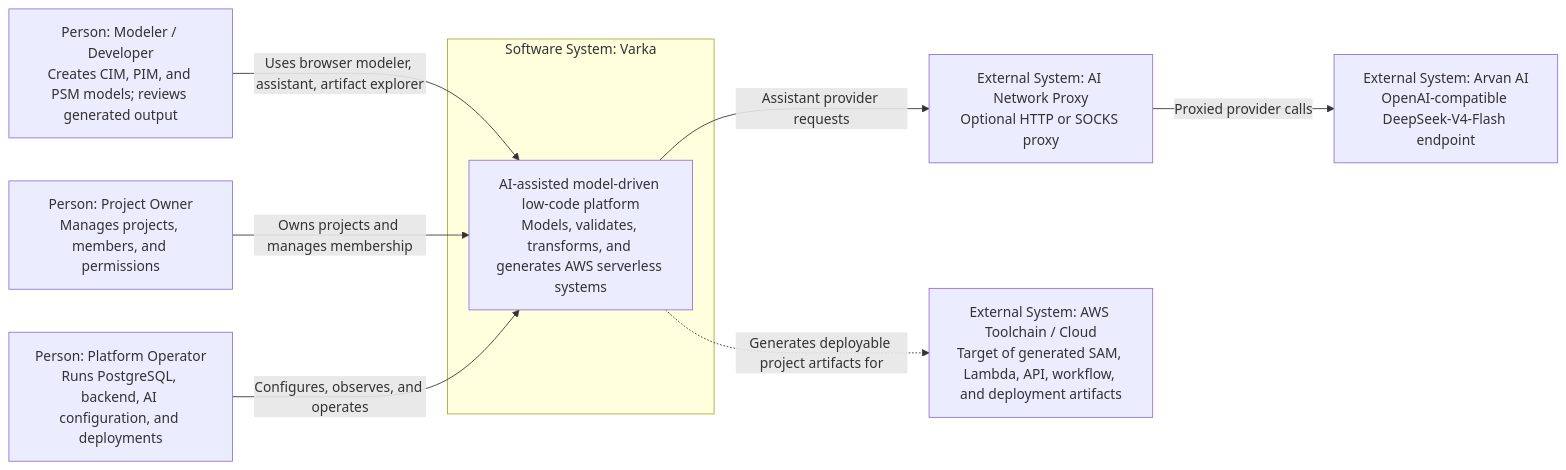
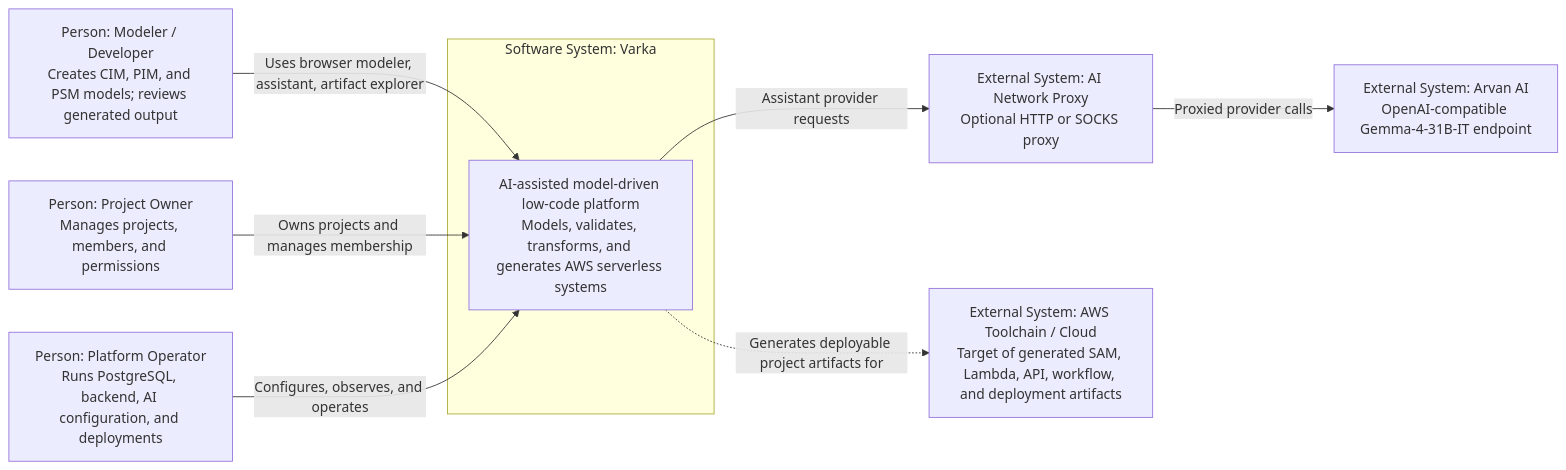
Before and after one commit to mehdieidi/modriss: the first of 2 diagrams in docs/diagrams/01-c4-system-context.md, drawn with Mermaid. The commit also changed other lines of this file and 34 other files, not shown here.

````diff
--- a/docs/diagrams/01-c4-system-context.md
+++ b/docs/diagrams/01-c4-system-context.md
@@ -3,21 +3,21 @@
 ```mermaid
 flowchart LR
     developer["Person: Modeler / Developer<br/>Creates CIM, PIM, and PSM models; reviews generated output"]
     owner["Person: Project Owner<br/>Manages projects, members, and permissions"]
     operator["Person: Platform Operator<br/>Runs PostgreSQL, backend, AI configuration, and deployments"]
 
     subgraph varka["Software System: Varka"]
         system["AI-assisted model-driven low-code platform<br/>Models, validates, transforms, and generates AWS serverless systems"]
     end
 
-    llm["External System: Arvan AI<br/>OpenAI-compatible DeepSeek-V4-Flash endpoint"]
+    llm["External System: Arvan AI<br/>OpenAI-compatible Gemma-4-31B-IT endpoint"]
     proxy["External System: AI Network Proxy<br/>Optional HTTP or SOCKS proxy"]
     aws["External System: AWS Toolchain / Cloud<br/>Target of generated SAM, Lambda, API, workflow, and deployment artifacts"]
 
     developer -->|"Uses browser modeler, assistant, artifact explorer"| system
     owner -->|"Owns projects and manages membership"| system
     operator -->|"Configures, observes, and operates"| system
     system -->|"Assistant provider requests"| proxy
     proxy -->|"Proxied provider calls"| llm
     system -.->|"Generates deployable project artifacts for"| aws
 ```
````
